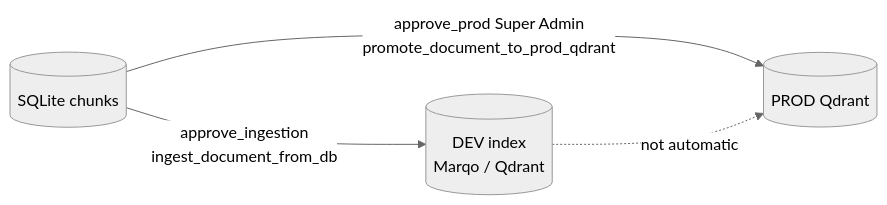
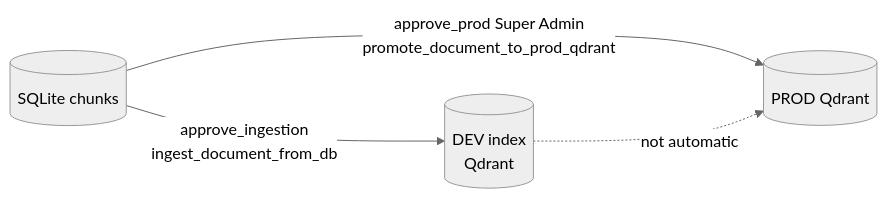
One commit to OpenAgriNet/knowledge-provider changed the fifth of 5 diagrams in docs/SYSTEM_DESIGN.md. Above: the diagram before and after it, drawn with Mermaid (neutral theme). The commit also changed other lines of this file and 7 other files, not shown here.

First line of the commit message:
docs: remove Marqo mentions from prose/diagrams, add removal ADR [#75]

````diff
--- a/docs/SYSTEM_DESIGN.md
+++ b/docs/SYSTEM_DESIGN.md
@@ -354,10 +354,10 @@
 ```mermaid
 flowchart LR
   SQLITE[(SQLite chunks)]
-  DEV[(DEV index<br/>Marqo / Qdrant)]
+  DEV[(DEV index<br/>Qdrant)]
   PROD[(PROD Qdrant)]
 
   SQLITE -->|approve_ingestion<br/>ingest_document_from_db| DEV
   SQLITE -->|approve_prod Super Admin<br/>promote_document_to_prod_qdrant| PROD
   DEV -.->|not automatic| PROD
 ```
````
